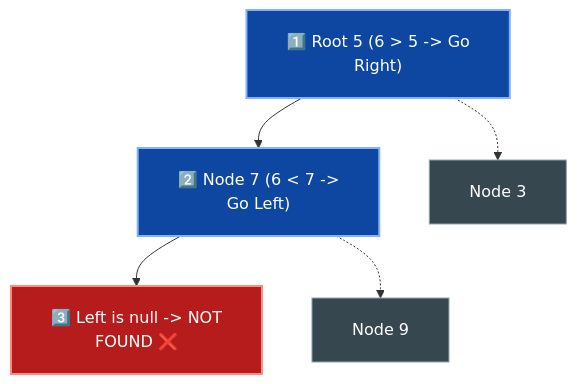
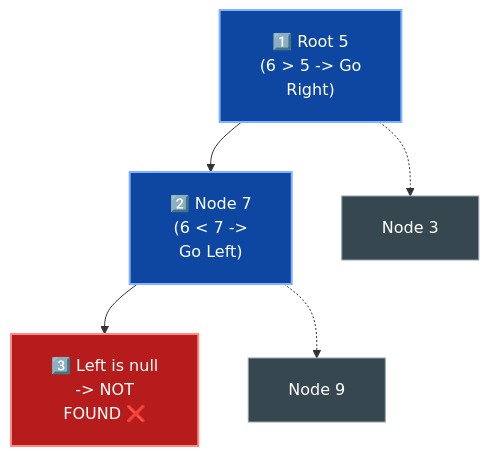
The sixth of 25 diagrams in week_07_trees_and_balanced_search_trees/Week_07_Visual_Concepts_Playbook_HYBRID.md (dip4k/DSA_102), drawn with Mermaid before and after one commit. The commit also changed other lines of this file and 106 other files, not shown here.

First line of the commit message:
fix(mermaid): prevent text clipping with foreignObject overflow and tighter line wrapping

````diff
--- a/week_07_trees_and_balanced_search_trees/Week_07_Visual_Concepts_Playbook_HYBRID.md
+++ b/week_07_trees_and_balanced_search_trees/Week_07_Visual_Concepts_Playbook_HYBRID.md
@@ -228,12 +228,12 @@
 ```mermaid
-%%{init: {"flowchart": {"htmlLabels": true, "padding": 20}}}%%
+%%{init: {"flowchart": {"htmlLabels": true, "padding": 20}, "themeCSS": "foreignObject { overflow: visible !important; }"}}%%
 flowchart TD
-    S5["1️⃣ Root 5 (6 > 5 -> Go<br/>Right)"]:::searchStep --> S7["2️⃣ Node 7 (6 &lt; 7 -><br/>Go Left)"]:::searchStep
+    S5["1️⃣ Root 5<br/>(6 > 5 -> Go<br/>Right)"]:::searchStep --> S7["2️⃣ Node 7<br/>(6 &lt; 7 -><br/>Go Left)"]:::searchStep
     S5 -.-> S3["Node 3"]
-    S7 --> SNull["3️⃣ Left is null -> NOT<br/>FOUND ❌"]:::nullStep
+    S7 --> SNull["3️⃣ Left is null<br/>-> NOT<br/>FOUND ❌"]:::nullStep
     S7 -.-> S9["Node 9"]
 
     classDef searchStep fill:#0d47a1,stroke:#82b1ff,stroke-width:2px,color:#ffffff
     classDef nullStep fill:#b71c1c,stroke:#ff8a80,stroke-width:2px,color:#ffffff
     classDef default fill:#37474f,stroke:#90a4ae,stroke-width:1px,color:#ffffff
 ```
````
